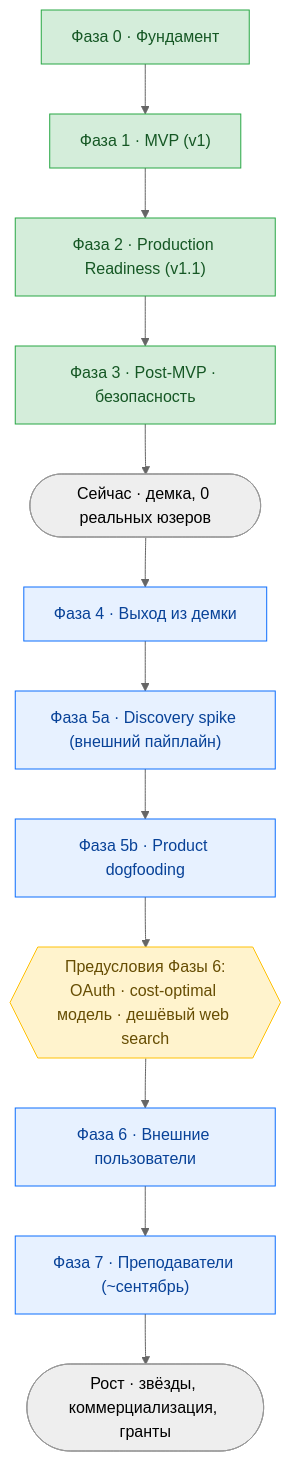
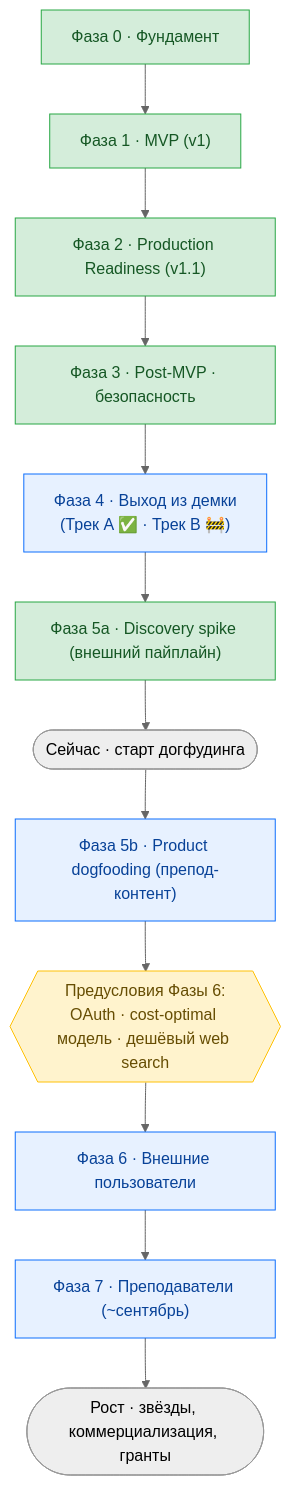
One commit to Bbar0n234/learnflow-ai changed the first of 2 diagrams in doc/product/roadmap.md. Above: the diagram before and after it, drawn with Mermaid (neutral theme). The commit also changed other lines of this file and 4 other files, not shown here.

````diff
--- a/doc/product/roadmap.md
+++ b/doc/product/roadmap.md
@@ -16,22 +16,22 @@
 ```mermaid
 flowchart TD
     classDef done fill:#d4edda,stroke:#28a745,color:#155724
     classDef future fill:#e7f1ff,stroke:#0d6efd,color:#084298
     classDef gate fill:#fff3cd,stroke:#ffc107,color:#664d03
 
     P0["Фаза 0 · Фундамент"] --> P1["Фаза 1 · MVP (v1)"]
     P1 --> P2["Фаза 2 · Production Readiness (v1.1)"]
     P2 --> P3["Фаза 3 · Post-MVP · безопасность"]
-    P3 --> NOW(["Сейчас · демка, 0 реальных юзеров"])
-    NOW --> P4["Фаза 4 · Выход из демки"]
+    P3 --> P4["Фаза 4 · Выход из демки<br/>(Трек A ✅ · Трек B 🚧)"]
     P4 --> P5a["Фаза 5a · Discovery spike (внешний пайплайн)"]
-    P5a --> P5b["Фаза 5b · Product dogfooding"]
+    P5a --> NOW(["Сейчас · старт догфудинга"])
+    NOW --> P5b["Фаза 5b · Product dogfooding (препод-контент)"]
     P5b --> GATE{{"Предусловия Фазы 6:<br/>OAuth · cost-optimal модель · дешёвый web search"}}
     GATE --> P6["Фаза 6 · Внешние пользователи"]
     P6 --> P7["Фаза 7 · Преподаватели (~сентябрь)"]
     P7 --> GROW(["Рост · звёзды, коммерциализация, гранты"])
 
-    class P0,P1,P2,P3 done
-    class P4,P5a,P5b,P6,P7 future
+    class P0,P1,P2,P3,P5a done
+    class P4,P5b,P6,P7 future
     class GATE gate
 ```
````
